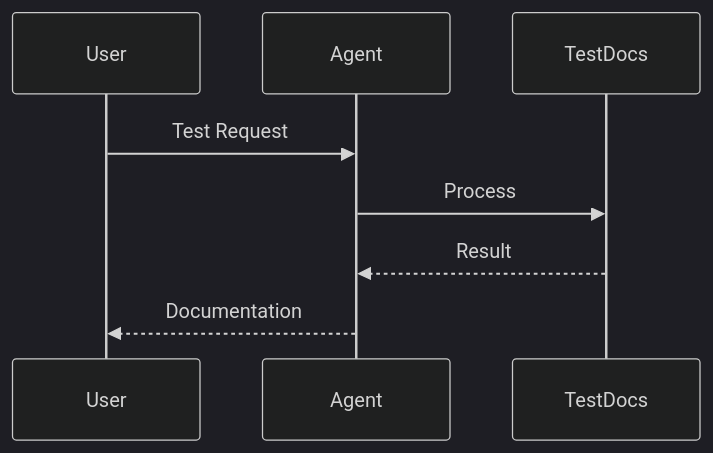
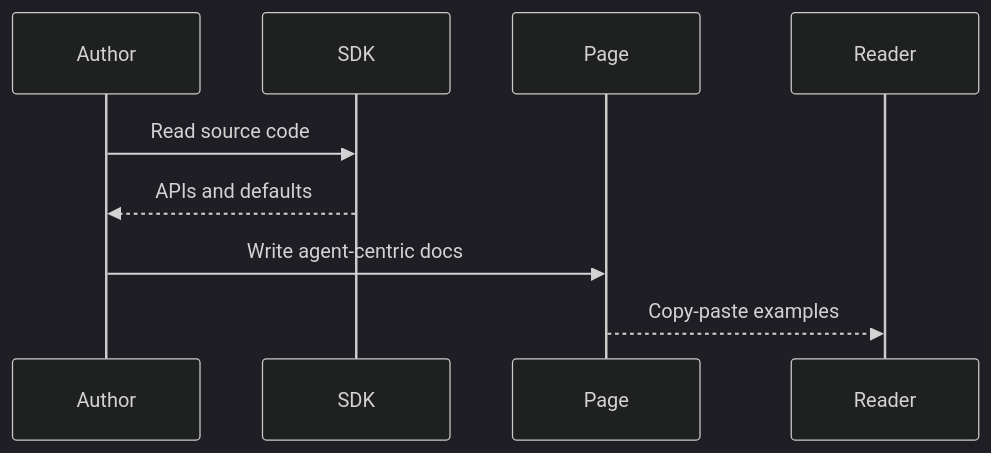
Before and after one commit to MervinPraison/PraisonAIDocs: the second of 2 diagrams in docs/features/test-documentation.mdx, drawn with Mermaid (dark theme). The commit also changed other lines of this file and 4 other files, not shown here.

````diff
--- a/docs/features/test-documentation.mdx
+++ b/docs/features/test-documentation.mdx
@@ -75,11 +69,12 @@
 ```mermaid
 sequenceDiagram
-    participant User
-    participant Agent
-    participant TestDocs
-    
-    User->>Agent: Test Request
-    Agent->>TestDocs: Process
-    TestDocs-->>Agent: Result
-    Agent-->>User: Documentation
+    participant Author
+    participant SDK
+    participant Page
+    participant Reader
+
+    Author->>SDK: Read source code
+    SDK-->>Author: APIs and defaults
+    Author->>Page: Write agent-centric docs
+    Page-->>Reader: Copy-paste examples
 ```
````
